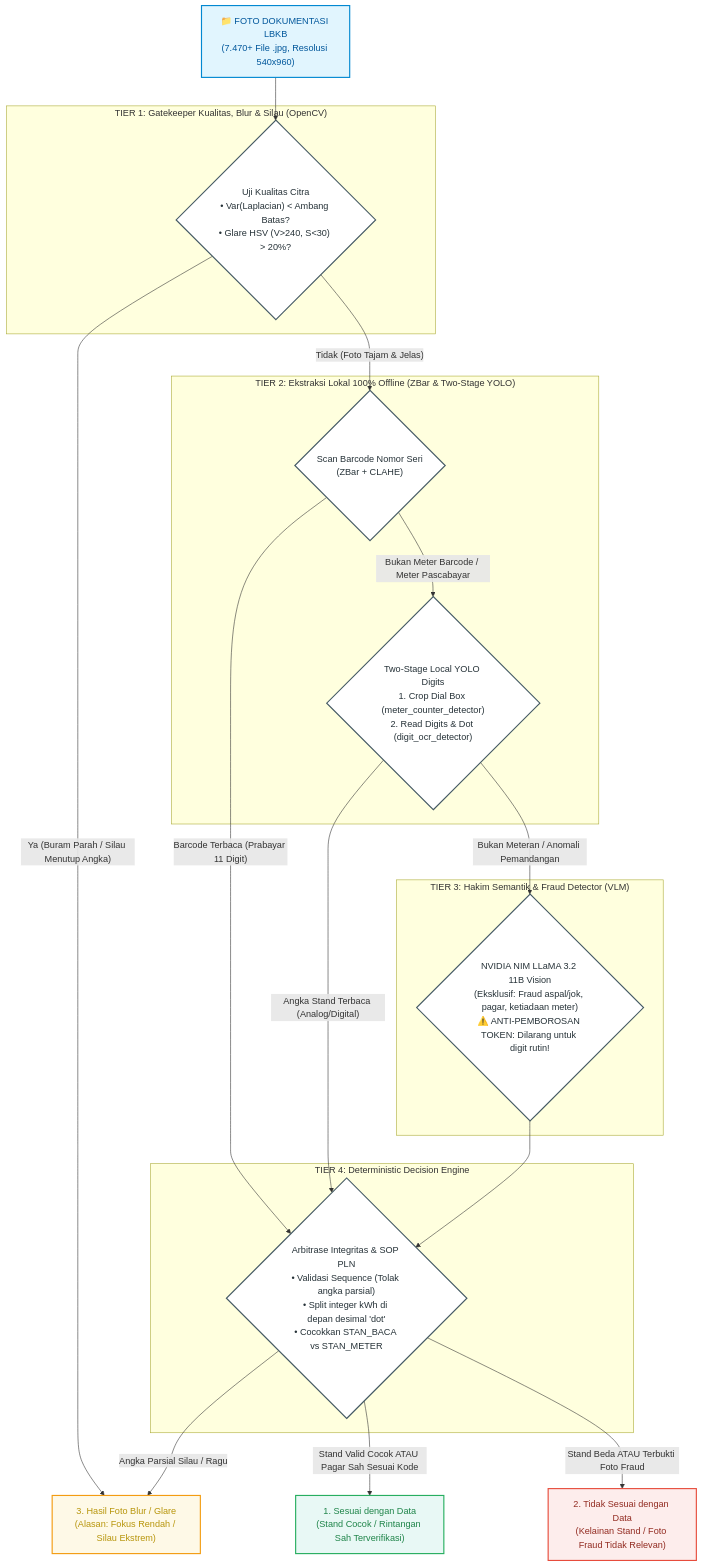
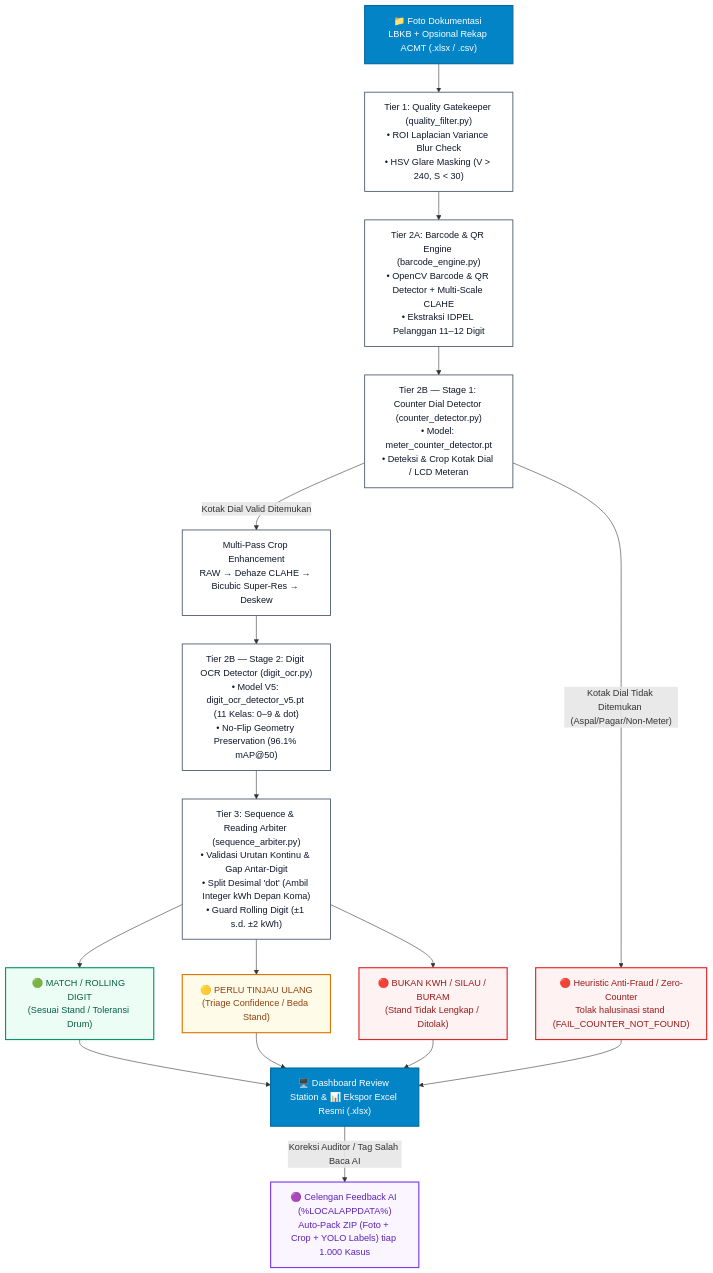
Before and after one commit to benpascol/ARGUS_PLN-: the diagram in README.md, drawn with Mermaid. The commit also changed other lines of this file and 2 other files, not shown here.

````diff
--- a/README.md
+++ b/README.md
@@ -16,50 +89,30 @@
 ```mermaid
 flowchart TD
-    %% Definisi Gaya Node
-    classDef inputClass fill:#e1f5fe,stroke:#0288d1,stroke-width:2px,color:#01579b;
-    classDef tierClass fill:#ffffff,stroke:#455a64,stroke-width:2px,color:#263238;
-    classDef resultOk fill:#e8f8f5,stroke:#27ae60,stroke-width:2px,color:#1e8449;
-    classDef resultFail fill:#fdedec,stroke:#e74c3c,stroke-width:2px,color:#922b21;
-    classDef resultBlur fill:#fef9e7,stroke:#f39c12,stroke-width:2px,color:#b7950b;
+    classDef inputNode fill:#0284c7,stroke:#0369a1,color:#ffffff,stroke-width:2px;
+    classDef localNode fill:#ffffff,stroke:#475569,color:#0f172a,stroke-width:1.5px;
+    classDef okNode fill:#ecfdf5,stroke:#059669,color:#065f46,stroke-width:2px;
+    classDef warnNode fill:#fefce8,stroke:#d97706,color:#92400e,stroke-width:2px;
+    classDef errNode fill:#fef2f2,stroke:#dc2626,color:#991b1b,stroke-width:2px;
+    classDef vaultNode fill:#faf5ff,stroke:#7c3aed,color:#5b21b6,stroke-width:2px;
 
-    RawInput["📁 FOTO DOKUMENTASI LBKB<br/>(7.470+ File .jpg, Resolusi 540x960)"]:::inputClass
+    A["📁 Foto Dokumentasi LBKB + Opsional Rekap ACMT (.xlsx / .csv)"]:::inputNode --> B["Tier 1: Quality Gatekeeper (quality_filter.py)<br/>• ROI Laplacian Variance Blur Check<br/>• HSV Glare Masking (V > 240, S < 30)"]:::localNode
 
-    subgraph T1 ["TIER 1: Gatekeeper Kualitas, Blur & Silau (OpenCV)"]
-        BlurFilter{"Uji Kualitas Citra<br/>• Var(Laplacian) < Ambang Batas?<br/>• Glare HSV (V>240, S<30) > 20%?"}:::tierClass
-    end
+    B --> C["Tier 2A: Barcode & QR Engine (barcode_engine.py)<br/>• OpenCV Barcode & QR Detector + Multi-Scale CLAHE<br/>• Ekstraksi IDPEL Pelanggan 11–12 Digit"]:::localNode
 
-    subgraph T2 ["TIER 2: Ekstraksi Lokal 100% Offline (ZBar & Two-Stage YOLO)"]
-        BarcodeScan{"Scan Barcode Nomor Seri<br/>(ZBar + CLAHE)"}:::tierClass
-        YoloDigits{"Two-Stage Local YOLO Digits<br/>1. Crop Dial Box (meter_counter_detector)<br/>2. Read Digits & Dot (digit_ocr_detector)"}:::tierClass
-    end
+    C --> D["Tier 2B — Stage 1: Counter Dial Detector (counter_detector.py)<br/>• Model: meter_counter_detector.pt<br/>• Deteksi & Crop Kotak Dial / LCD Meteran"]:::localNode
 
-    subgraph T3 ["TIER 3: Hakim Semantik & Fraud Detector (VLM)"]
-        VLMProc{"NVIDIA NIM LLaMA 3.2 11B Vision<br/>(Eksklusif: Fraud aspal/jok, pagar, ketiadaan meter)<br/>⚠️ ANTI-PEMBOROSAN TOKEN: Dilarang untuk digit rutin!"}:::tierClass
-    end
+    D -- "Kotak Dial Tidak Ditemukan (Aspal/Pagar/Non-Meter)" --> F_ANTI["🔴 Heuristic Anti-Fraud / Zero-Counter<br/>Tolak halusinasi stand (FAIL_COUNTER_NOT_FOUND)"]:::errNode
 
-    subgraph T4 ["TIER 4: Deterministic Decision Engine"]
-        Arbiter{"Arbitrase Integritas & SOP PLN<br/>• Validasi Sequence (Tolak angka parsial)<br/>• Split integer kWh di depan desimal 'dot'<br/>• Cocokkan STAN_BACA vs STAN_METER"}:::tierClass
-    end
+    D -- "Kotak Dial Valid Ditemukan" --> E["Multi-Pass Crop Enhancement<br/>RAW → Dehaze CLAHE → Bicubic Super-Res → Deskew"]:::localNode
 
-    %% Node Hasil Akhir
-    ResBlur["3. Hasil Foto Blur / Glare<br/>(Alasan: Fokus Rendah / Silau Ekstrem)"]:::resultBlur
-    ResSesuai["1. Sesuai dengan Data<br/>(Stand Cocok / Rintangan Sah Terverifikasi)"]:::resultOk
-    ResTidak["2. Tidak Sesuai dengan Data<br/>(Kelainan Stand / Foto Fraud Tidak Relevan)"]:::resultFail
+    E --> F["Tier 2B — Stage 2: Digit OCR Detector (digit_ocr.py)<br/>• Model V5: digit_ocr_detector_v5.pt (11 Kelas: 0–9 & dot)<br/>• No-Flip Geometry Preservation (96.1% mAP@50)"]:::localNode
 
-    %% Alur Relasi & Keputusan
-    RawInput --> BlurFilter
-    BlurFilter -- "Ya (Buram Parah / Silau Menutup Angka)" --> ResBlur
-    BlurFilter -- "Tidak (Foto Tajam & Jelas)" --> BarcodeScan
+    F --> G["Tier 3: Sequence & Reading Arbiter (sequence_arbiter.py)<br/>• Validasi Urutan Kontinu & Gap Antar-Digit<br/>• Split Desimal 'dot' (Ambil Integer kWh Depan Koma)<br/>• Guard Rolling Digit (±1 s.d. ±2 kWh)"]:::localNode
 
-    BarcodeScan -- "Barcode Terbaca (Prabayar 11 Digit)" --> Arbiter
-    BarcodeScan -- "Bukan Meter Barcode / Meter Pascabayar" --> YoloDigits
+    G --> R1["🟢 MATCH / ROLLING DIGIT<br/>(Sesuai Stand / Toleransi Drum)"]:::okNode
+    G --> R2["🟡 PERLU TINJAU ULANG<br/>(Triage Confidence / Beda Stand)"]:::warnNode
+    G --> R3["🔴 BUKAN KWH / SILAU / BURAM<br/>(Stand Tidak Lengkap / Ditolak)"]:::errNode
 
-    YoloDigits -- "Angka Stand Terbaca (Analog/Digital)" --> Arbiter
-    YoloDigits -- "Bukan Meteran / Anomali Pemandangan" --> VLMProc
-
-    VLMProc --> Arbiter
-
-    Arbiter -- "Stand Valid Cocok ATAU Pagar Sah Sesuai Kode" --> ResSesuai
-    Arbiter -- "Stand Beda ATAU Terbukti Foto Fraud" --> ResTidak
-    Arbiter -- "Angka Parsial Silau / Ragu" --> ResBlur
+    R1 & R2 & R3 & F_ANTI --> H["🖥️ Dashboard Review Station & 📊 Ekspor Excel Resmi (.xlsx)"]:::inputNode
+    H -- "Koreksi Auditor / Tag Salah Baca AI" --> V["🟣 Celengan Feedback AI (%LOCALAPPDATA%)<br/>Auto-Pack ZIP (Foto + Crop + YOLO Labels) tiap 1.000 Kasus"]:::vaultNode
 ```
````
